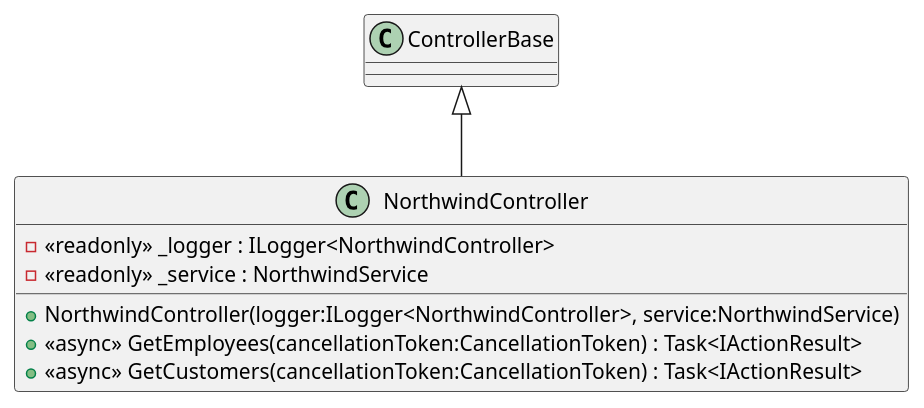
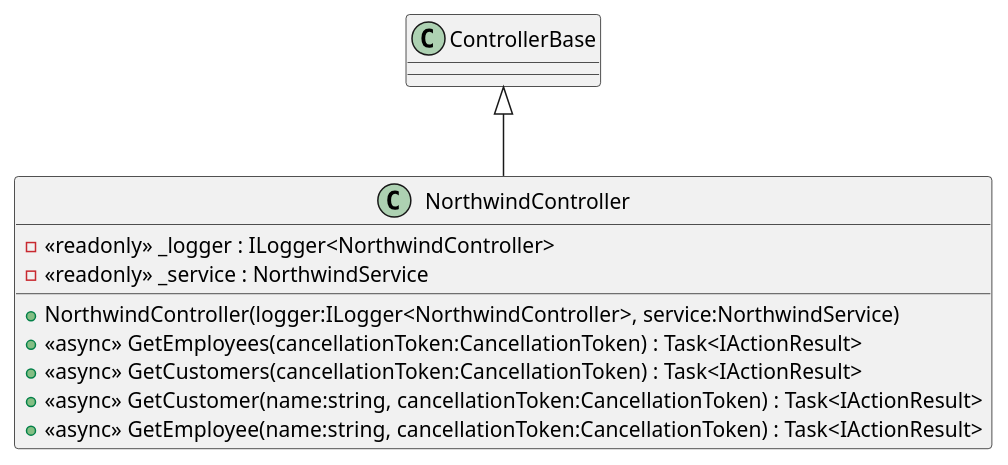
One commit to domoar/Northwind-Api changed the diagram in __extras__/docu/plantuml/NorthwindController.puml. Above: the diagram before and after it, drawn with PlantUML.

Commit message:
chore: update PlantUML diagrams

```diff
--- a/__extras__/docu/plantuml/NorthwindController.puml
+++ b/__extras__/docu/plantuml/NorthwindController.puml
@@ -1,10 +1,12 @@
 @startuml
 class NorthwindController {
     - <<readonly>> _logger : ILogger<NorthwindController>
     - <<readonly>> _service : NorthwindService
     + NorthwindController(logger:ILogger<NorthwindController>, service:NorthwindService)
     + <<async>> GetEmployees(cancellationToken:CancellationToken) : Task<IActionResult>
     + <<async>> GetCustomers(cancellationToken:CancellationToken) : Task<IActionResult>
+    + <<async>> GetCustomer(name:string, cancellationToken:CancellationToken) : Task<IActionResult>
+    + <<async>> GetEmployee(name:string, cancellationToken:CancellationToken) : Task<IActionResult>
 }
 ControllerBase <|-- NorthwindController
 @enduml
```
